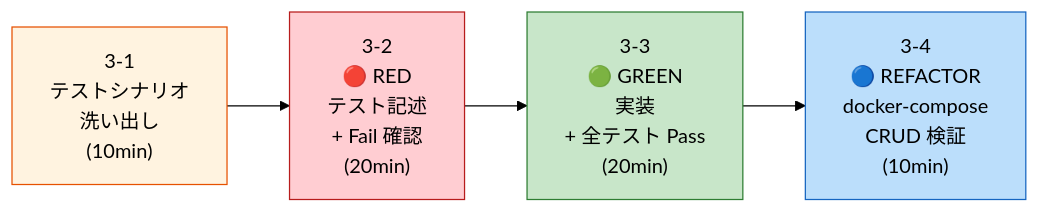
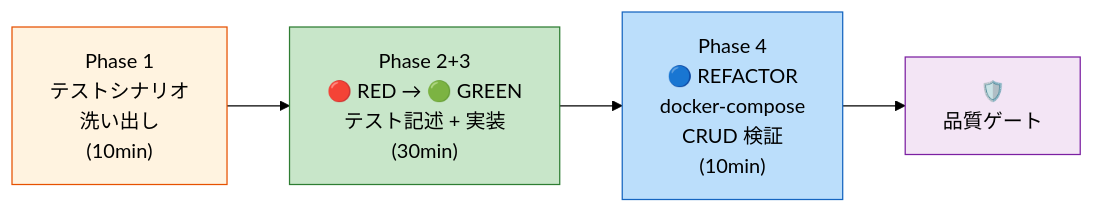
One commit to tyorikan/migration-with-ai changed the first of 3 diagrams in workshop-real/03-code-modernization/README.md. Above: the diagram before and after it, drawn with Mermaid (forest theme). The commit also changed other lines of this file and 6 other files, not shown here.

````diff
--- a/workshop-real/03-code-modernization/README.md
+++ b/workshop-real/03-code-modernization/README.md
@@ -23,11 +23,11 @@
 ```mermaid
 graph LR
-    A["3-1<br/>テストシナリオ<br/>洗い出し<br/>(10min)"] --> B["3-2<br/>🔴 RED<br/>テスト記述<br/>+ Fail 確認<br/>(20min)"]
-    B --> C["3-3<br/>🟢 GREEN<br/>実装<br/>+ 全テスト Pass<br/>(20min)"]
-    C --> D["3-4<br/>🔵 REFACTOR<br/>docker-compose<br/>CRUD 検証<br/>(10min)"]
+    A["Phase 1<br/>テストシナリオ<br/>洗い出し<br/>(10min)"] --> B["Phase 2+3<br/>🔴 RED → 🟢 GREEN<br/>テスト記述 + 実装<br/>(30min)"]
+    B --> C["Phase 4<br/>🔵 REFACTOR<br/>docker-compose<br/>CRUD 検証<br/>(10min)"]
+    C --> QG["🛡️<br/>品質ゲート"]
 
     style A fill:#FFF3E0,stroke:#E65100
-    style B fill:#FFCDD2,stroke:#B71C1C
-    style C fill:#C8E6C9,stroke:#2E7D32
-    style D fill:#BBDEFB,stroke:#1565C0
+    style B fill:#C8E6C9,stroke:#2E7D32
+    style C fill:#BBDEFB,stroke:#1565C0
+    style QG fill:#F3E5F5,stroke:#7B1FA2
 ```
````
